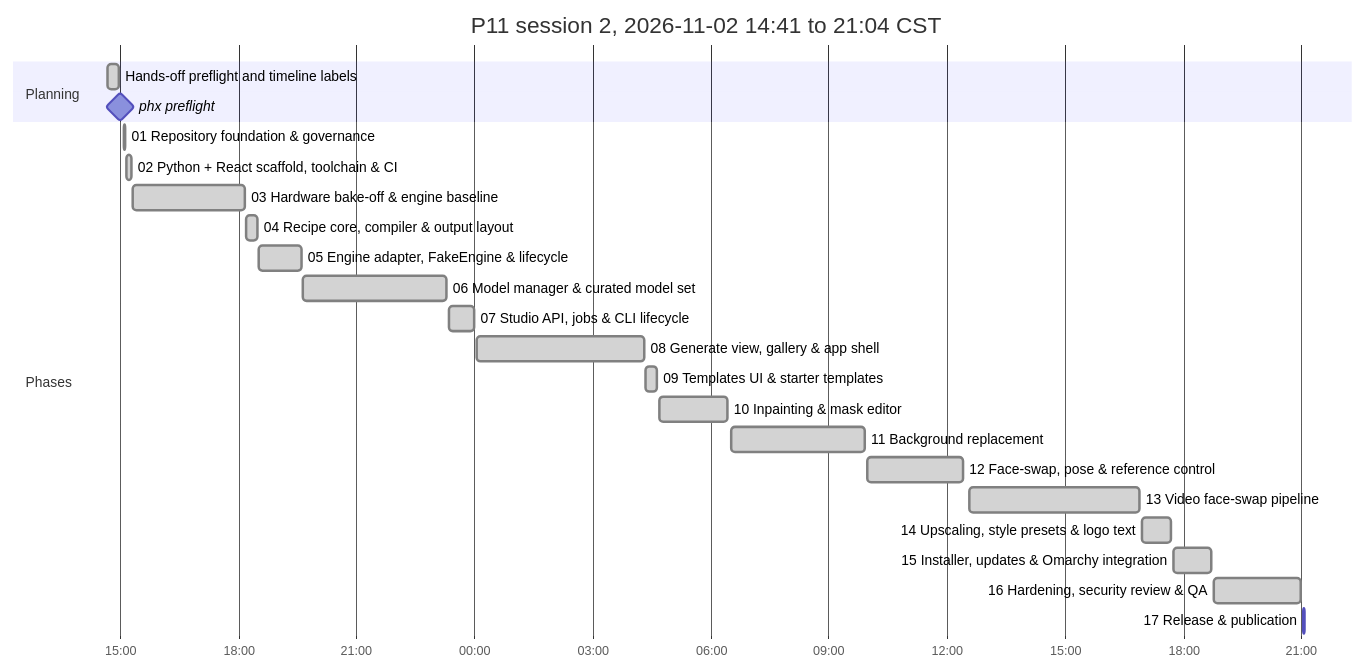
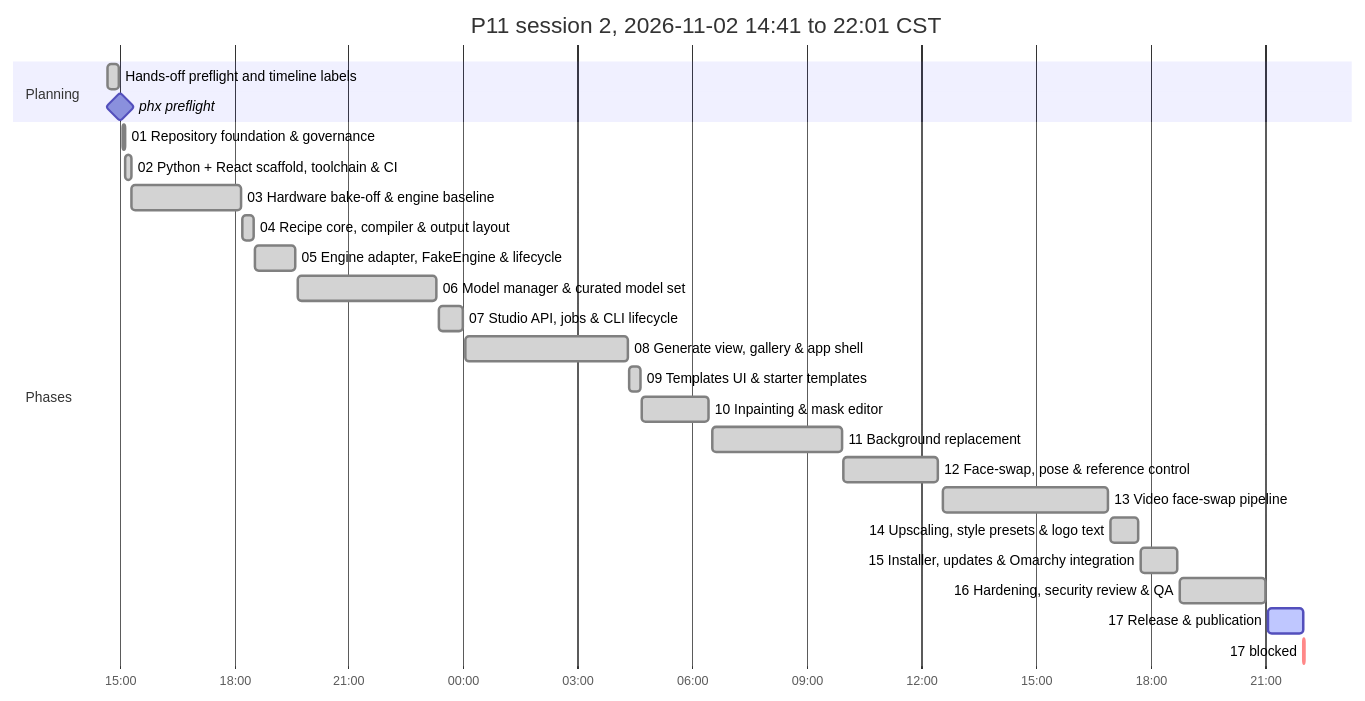
One commit to antonizick/project1111 changed the second of 2 diagrams in P11_IMPLEMENTATION_PLAN.md. Above: the diagram before and after it, drawn with Mermaid. The commit also changed other lines of this file and 1 other file, not shown here.

Commit message:
docs(plan): refresh timeline

````diff
--- a/P11_IMPLEMENTATION_PLAN.md
+++ b/P11_IMPLEMENTATION_PLAN.md
@@ -74,27 +74,28 @@
 ```mermaid
 gantt
-    title P11 session 2, 2026-11-02 14:41 to 21:04 CST
+    title P11 session 2, 2026-11-02 14:41 to 22:01 CST
     dateFormat YYYY-MM-DD HH:mm
     axisFormat %H:%M
     section Planning
     Hands-off preflight and timeline labels :done, plan3, 2026-11-02 14:41, 2026-11-02 14:59
     phx preflight :milestone, pf13ee0d5, 2026-11-02 15:00, 0m
     section Phases
     01 Repository foundation & governance :done, p01s2, 2026-11-02 15:05, 2026-11-02 15:08
     02 Python + React scaffold, toolchain & CI :done, p02s2, 2026-11-02 15:09, 2026-11-02 15:18
     03 Hardware bake-off & engine baseline :done, p03s2, 2026-11-02 15:19, 2026-11-02 18:10
     04 Recipe core, compiler & output layout :done, p04s2, 2026-11-02 18:12, 2026-11-02 18:30
     05 Engine adapter, FakeEngine & lifecycle :done, p05s2, 2026-11-02 18:32, 2026-11-02 19:37
     06 Model manager & curated model set :done, p06s2, 2026-11-02 19:39, 2026-11-02 23:18
     07 Studio API, jobs & CLI lifecycle :done, p07s2, 2026-11-02 23:21, 2026-11-03 00:00
     08 Generate view, gallery & app shell :done, p08s2, 2026-11-03 00:03, 2026-11-03 04:18
     09 Templates UI & starter templates :done, p09s2, 2026-11-03 04:21, 2026-11-03 04:38
     10 Inpainting & mask editor :done, p10s2, 2026-11-03 04:41, 2026-11-03 06:25
     11 Background replacement :done, p11s2, 2026-11-03 06:31, 2026-11-03 09:55
     12 Face-swap, pose & reference control :done, p12s2, 2026-11-03 09:58, 2026-11-03 12:25
     13 Video face-swap pipeline :done, p13s2, 2026-11-03 12:34, 2026-11-03 16:54
     14 Upscaling, style presets & logo text :done, p14s2, 2026-11-03 16:58, 2026-11-03 17:41
     15 Installer, updates & Omarchy integration :done, p15s2, 2026-11-03 17:45, 2026-11-03 18:42
     16 Hardening, security review & QA :done, p16s2, 2026-11-03 18:46, 2026-11-03 21:00
-    17 Release & publication :active, p17s2, 2026-11-03 21:04, 2026-11-03 21:05
+    17 Release & publication :active, p17s2, 2026-11-03 21:04, 2026-11-03 22:01
+    17 blocked :crit, p17w1s2, 2026-11-03 22:01, 2026-11-03 22:02
 ```
````
